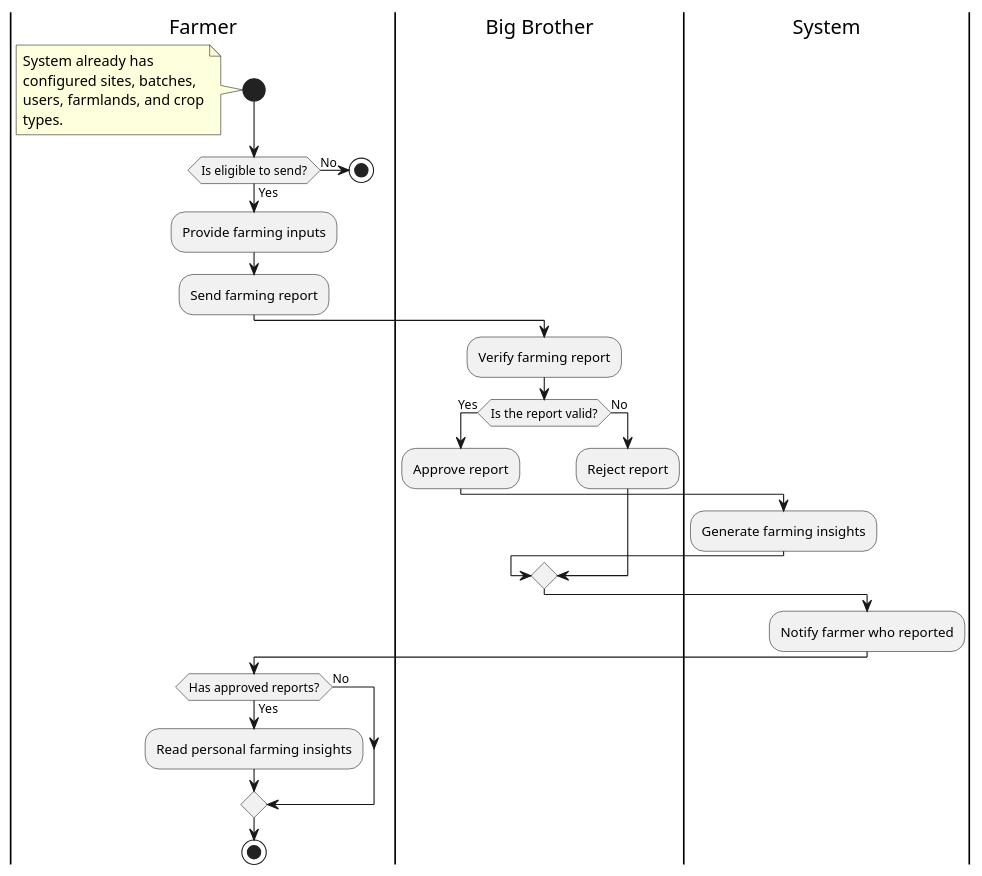
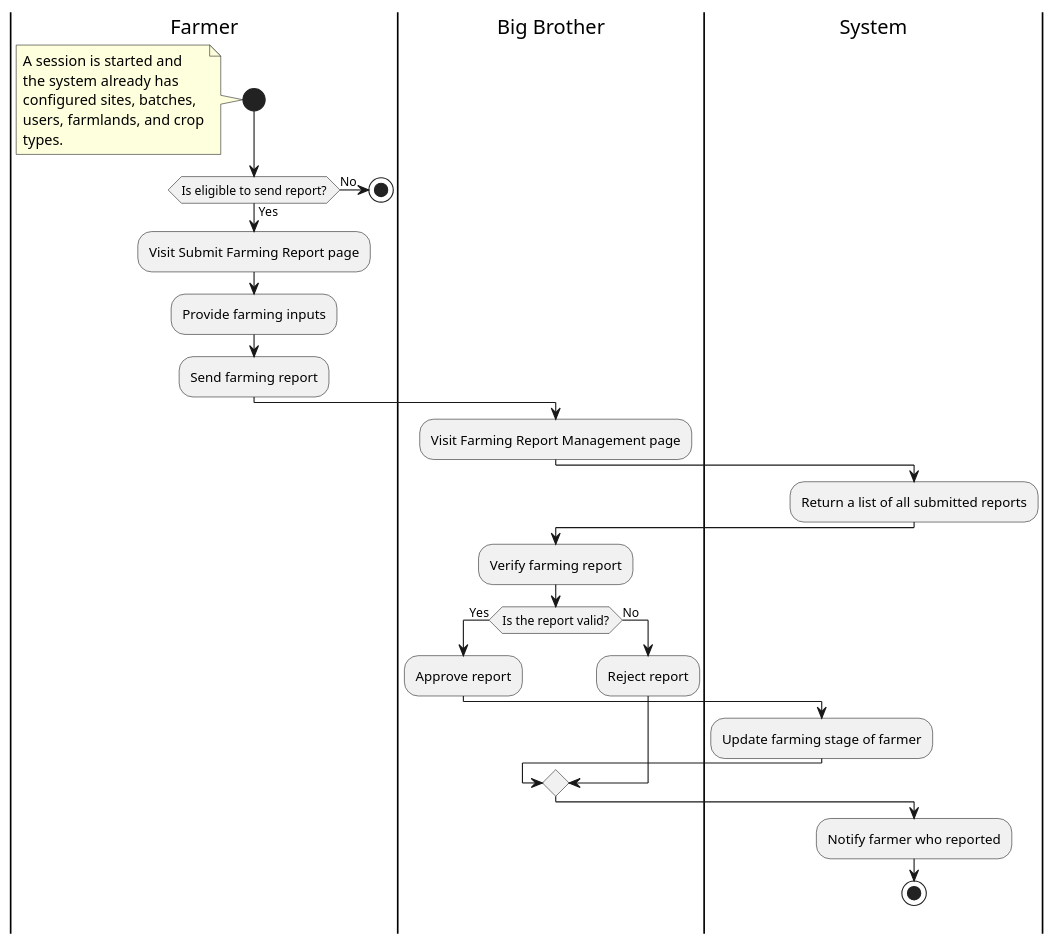
Before and after one commit to radical-doubting/anikultura-diagrams: the diagram in plantuml/proposed/activity/overview-report.wsd, drawn with PlantUML. The commit also changed 4 other files, not shown here.

Commit message:
Added overview activity diagrams

```diff
--- a/plantuml/proposed/activity/overview-report.wsd
+++ b/plantuml/proposed/activity/overview-report.wsd
@@ -1,45 +1,46 @@
 @startuml
 
 |Farmer|
 
 start
 note left
-    System already has
+    A session is started and
+    the system already has
     configured sites, batches,
     users, farmlands, and crop
     types.
 endnote
 
 |Farmer|
-if (Is eligible to send?) then (Yes)
+
+if (Is eligible to send report?) then (Yes)
+    :Visit Submit Farming Report page;
     :Provide farming inputs;
     :Send farming report;
+
+    |Big Brother|
+    :Visit Farming Report Management page;
+
+    |System|
+    :Return a list of all submitted reports;
 
     |Big Brother|
     :Verify farming report;
 
     if (Is the report valid?) then (Yes)
         :Approve report;
         |System|
-        :Generate farming insights;
+        :Update farming stage of farmer;
     else (No)
         |Big Brother|
         :Reject report;
     endif
     |System|
     :Notify farmer who reported;
+    stop
 else (No)
     |Farmer|
     stop
 endif
 
-|Farmer|
-if (Has approved reports?) then (Yes)
-    |Farmer|
-    :Read personal farming insights;
-else (No)
-endif
-
-stop
-
 @enduml
```
